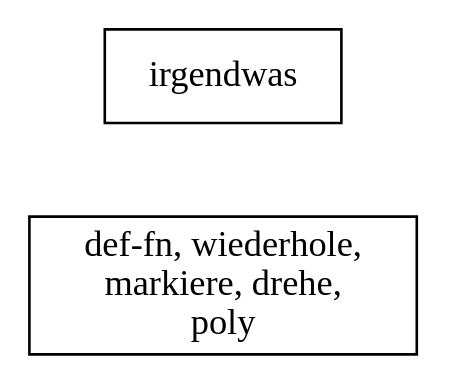
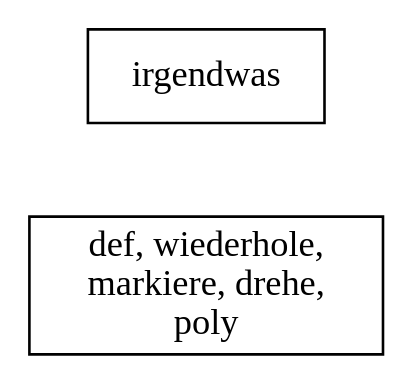
The diagram in imgs/dot-8.dot (itmm/programmieren-lernen), drawn with Graphviz before and after one commit. The commit also changed 23 other files, not shown here.

```diff
--- a/imgs/dot-8.dot
+++ b/imgs/dot-8.dot
@@ -1,8 +1,8 @@
 digraph {
 	edge [style="invis"]
 	node [shape=box]
 	"irgendwas" ->
-	"def-fn, wiederhole,
+	"def, wiederhole,
 markiere, drehe,
 poly"
 }
```
